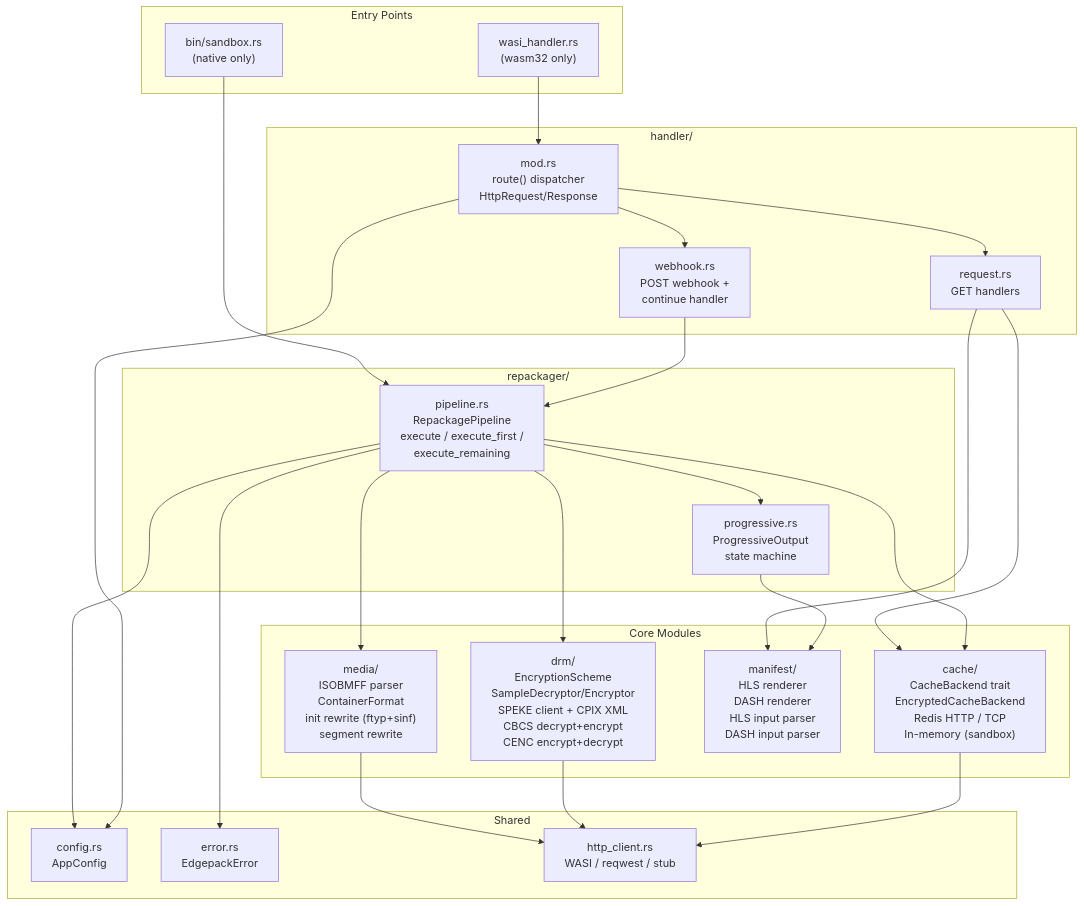
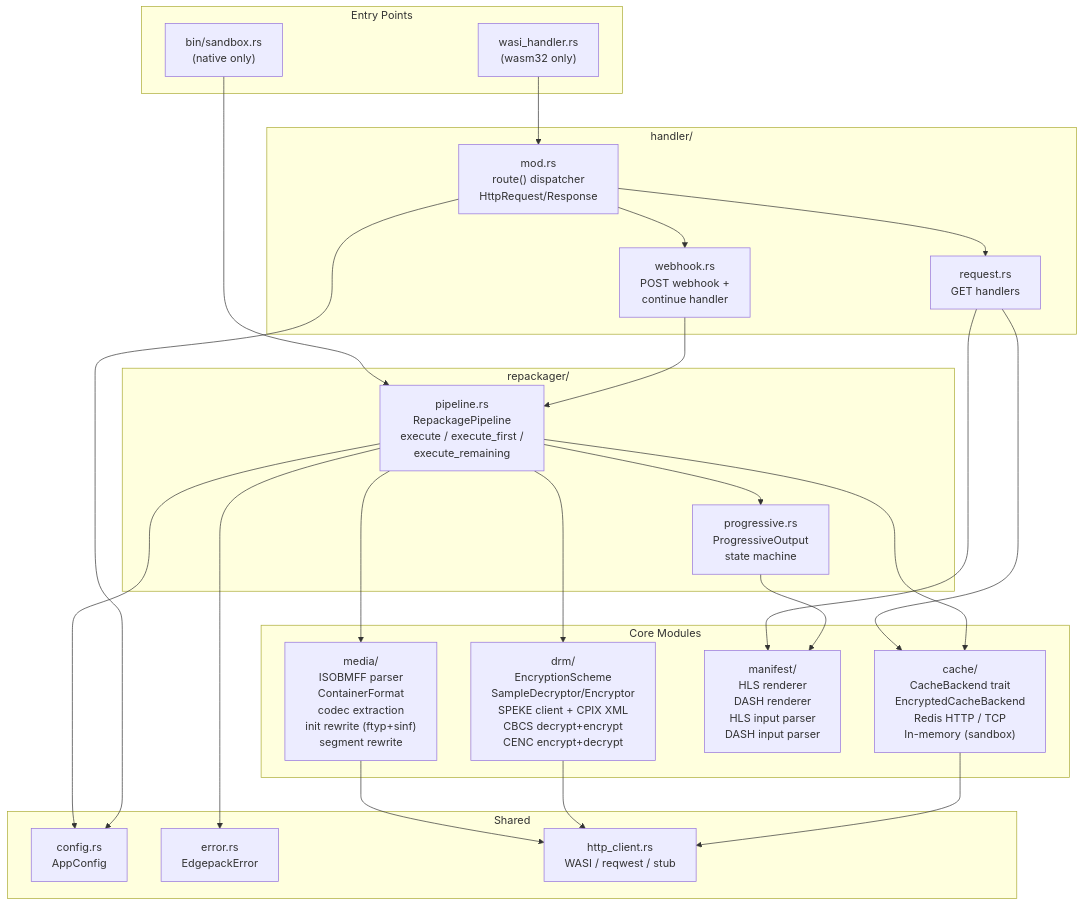
Before and after one commit to adrums86/edgepack: the third of 10 diagrams in docs/architecture.md, drawn with Mermaid. The commit also changed other lines of this file and 10 other files, not shown here.

````diff
--- a/docs/architecture.md
+++ b/docs/architecture.md
@@ -110,54 +110,54 @@
 ```mermaid
 graph TD
     subgraph Entry["Entry Points"]
         WASI["wasi_handler.rs<br/>(wasm32 only)"]
         Sandbox["bin/sandbox.rs<br/>(native only)"]
     end
 
     subgraph Handler["handler/"]
         Router["mod.rs<br/>route() dispatcher<br/>HttpRequest/Response"]
         Request["request.rs<br/>GET handlers"]
         Webhook["webhook.rs<br/>POST webhook +<br/>continue handler"]
     end
 
     subgraph Repackager["repackager/"]
         RPipeline["pipeline.rs<br/>RepackagePipeline<br/>execute / execute_first /<br/>execute_remaining"]
         Progressive["progressive.rs<br/>ProgressiveOutput<br/>state machine"]
     end
 
     subgraph Core["Core Modules"]
-        Media["media/<br/>ISOBMFF parser<br/>ContainerFormat<br/>init rewrite (ftyp+sinf)<br/>segment rewrite"]
+        Media["media/<br/>ISOBMFF parser<br/>ContainerFormat<br/>codec extraction<br/>init rewrite (ftyp+sinf)<br/>segment rewrite"]
         DRMMod["drm/<br/>EncryptionScheme<br/>SampleDecryptor/Encryptor<br/>SPEKE client + CPIX XML<br/>CBCS decrypt+encrypt<br/>CENC encrypt+decrypt"]
         Manifest["manifest/<br/>HLS renderer<br/>DASH renderer<br/>HLS input parser<br/>DASH input parser"]
         CacheMod2["cache/<br/>CacheBackend trait<br/>EncryptedCacheBackend<br/>Redis HTTP / TCP<br/>In-memory (sandbox)"]
     end
 
     subgraph Shared["Shared"]
         Config["config.rs<br/>AppConfig"]
         Error["error.rs<br/>EdgepackError"]
         HTTP["http_client.rs<br/>WASI / reqwest / stub"]
     end
 
     WASI --> Router
     Sandbox --> RPipeline
 
     Router --> Request
     Router --> Webhook
     Request --> CacheMod2
     Request --> Manifest
     Webhook --> RPipeline
 
     RPipeline --> Media
     RPipeline --> DRMMod
     RPipeline --> Progressive
     RPipeline --> CacheMod2
     Progressive --> Manifest
 
     Media --> HTTP
     DRMMod --> HTTP
     CacheMod2 --> HTTP
 
     RPipeline --> Config
     RPipeline --> Error
     Router --> Config
 ```
````
